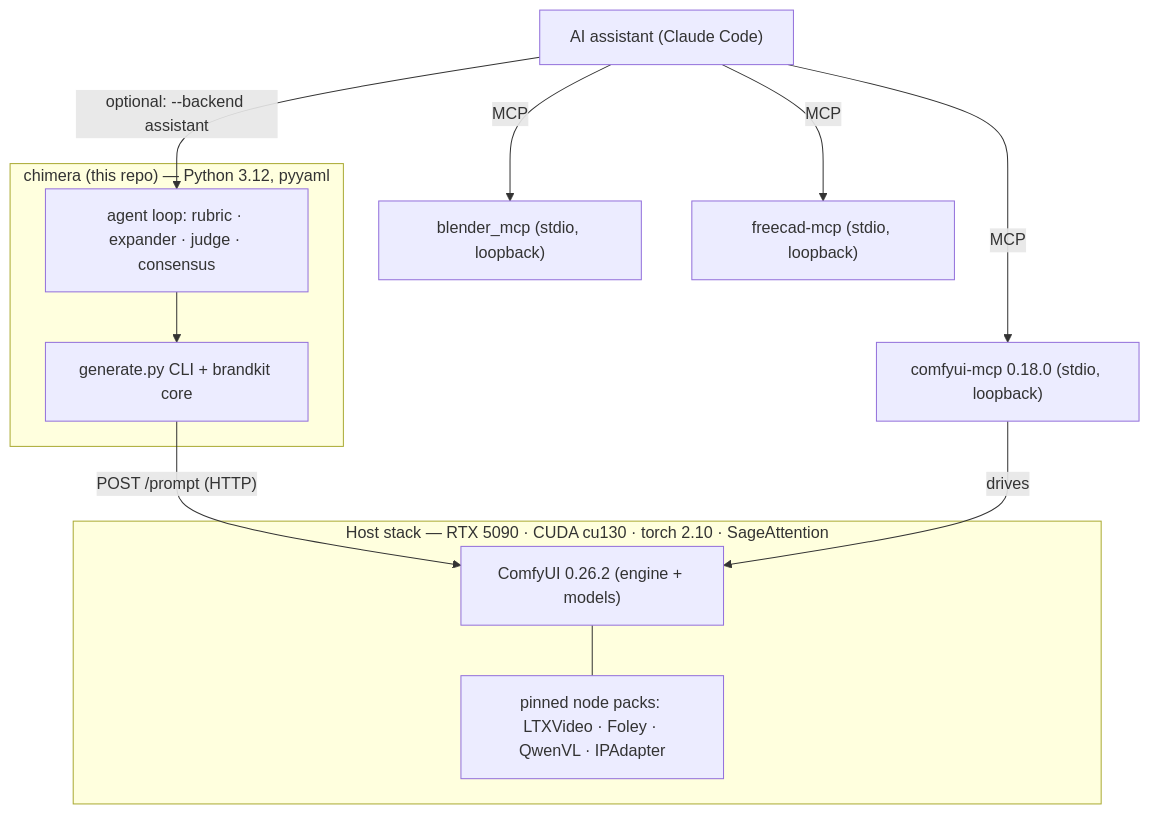
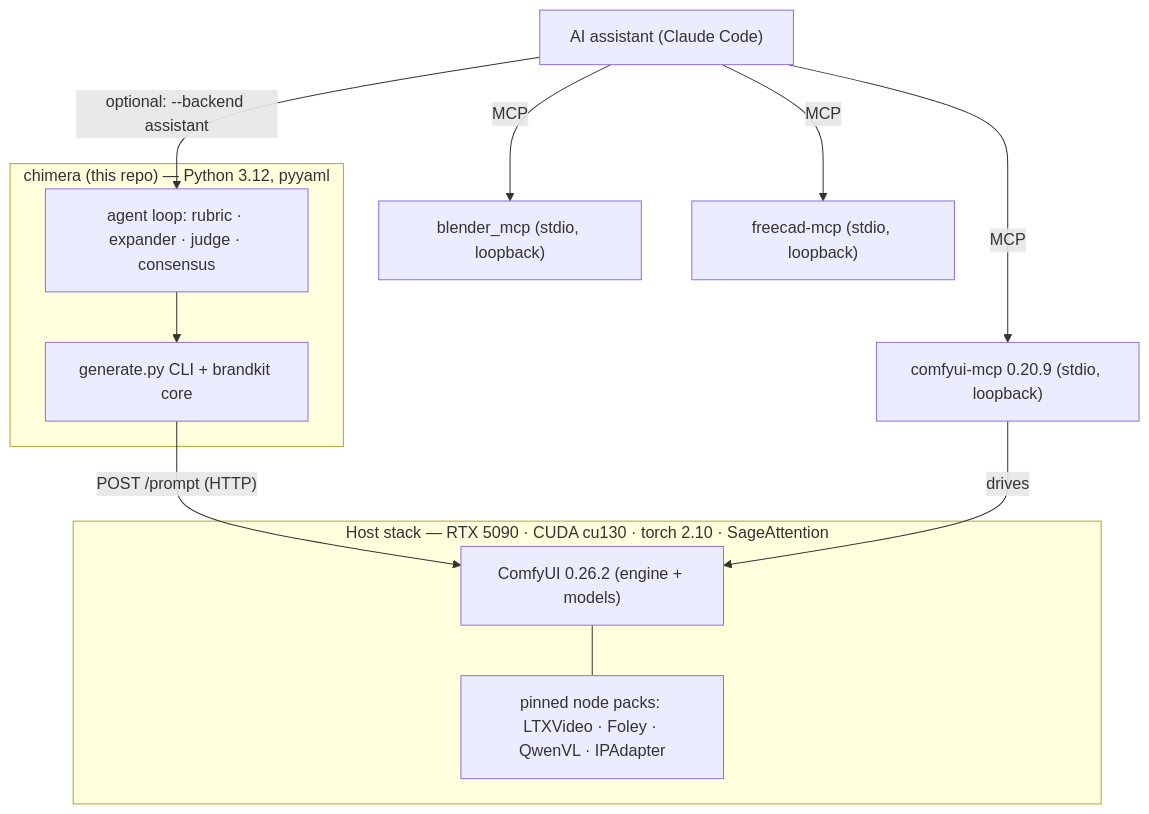
Before and after one commit to whartons/Chimera: the diagram in docs/STACK.md, drawn with Mermaid. The commit also changed other lines of this file and 9 other files, not shown here.

First line of the commit message:
chore(deps): bump freecad-mcp -> 1697aff and comfyui-mcp -> 0.20.9 after re-audit

````diff
--- a/docs/STACK.md
+++ b/docs/STACK.md
@@ -12,22 +12,22 @@
 ```mermaid
 flowchart TD
     subgraph host["Host stack — RTX 5090 · CUDA cu130 · torch 2.10 · SageAttention"]
         comfy["ComfyUI 0.26.2 (engine + models)"]
         packs["pinned node packs: LTXVideo · Foley · QwenVL · IPAdapter"]
         comfy --- packs
     end
     subgraph chimera["chimera (this repo) — Python 3.12, pyyaml"]
         cli["generate.py CLI + brandkit core"]
         agent["agent loop: rubric · expander · judge · consensus"]
     end
-    mcp["comfyui-mcp 0.18.0 (stdio, loopback)"]
+    mcp["comfyui-mcp 0.20.9 (stdio, loopback)"]
     cli -->|"POST /prompt (HTTP)"| comfy
     agent --> cli
     mcp -->|drives| comfy
     assistant["AI assistant (Claude Code)"] -->|MCP| mcp
     blender["blender_mcp (stdio, loopback)"]
     freecad["freecad-mcp (stdio, loopback)"]
     assistant -->|MCP| blender
     assistant -->|MCP| freecad
     assistant -->|"optional: --backend assistant"| agent
 ```
````
